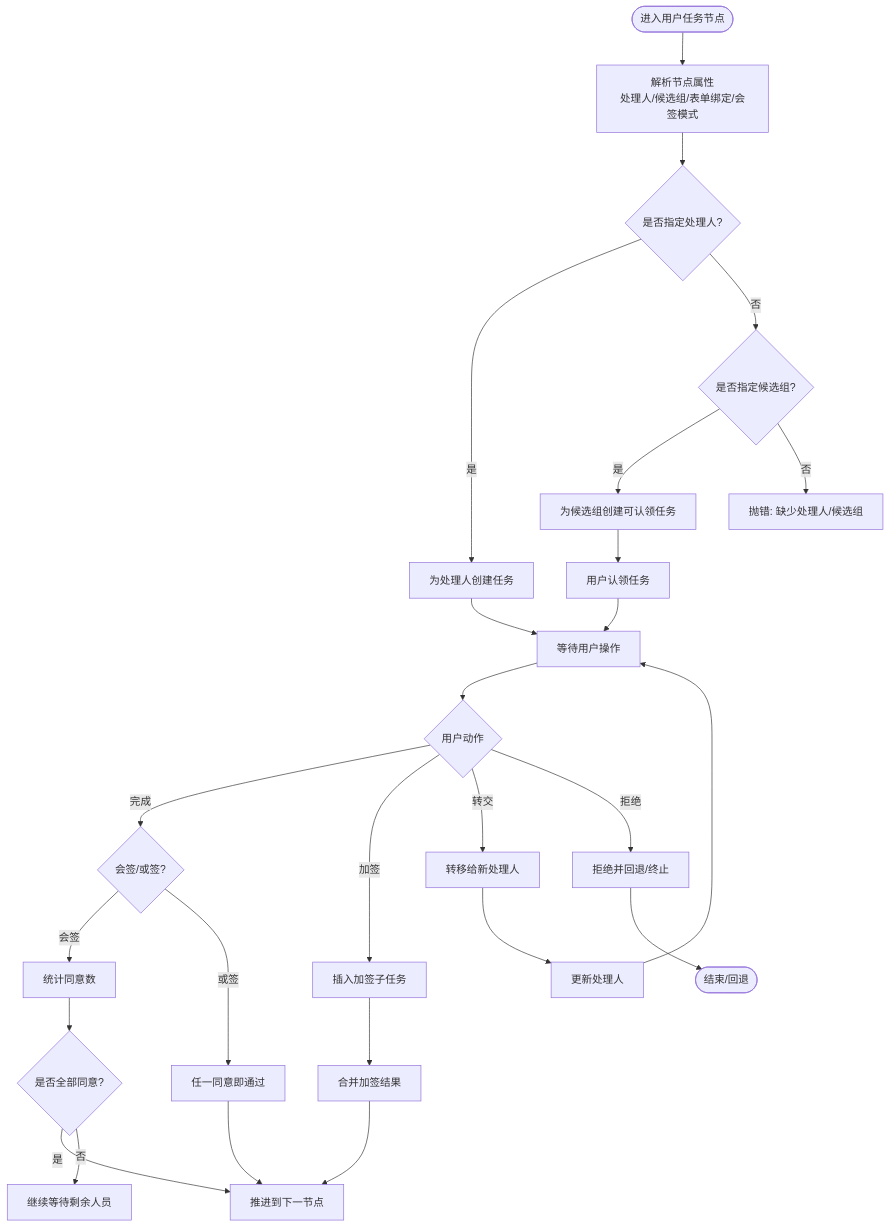
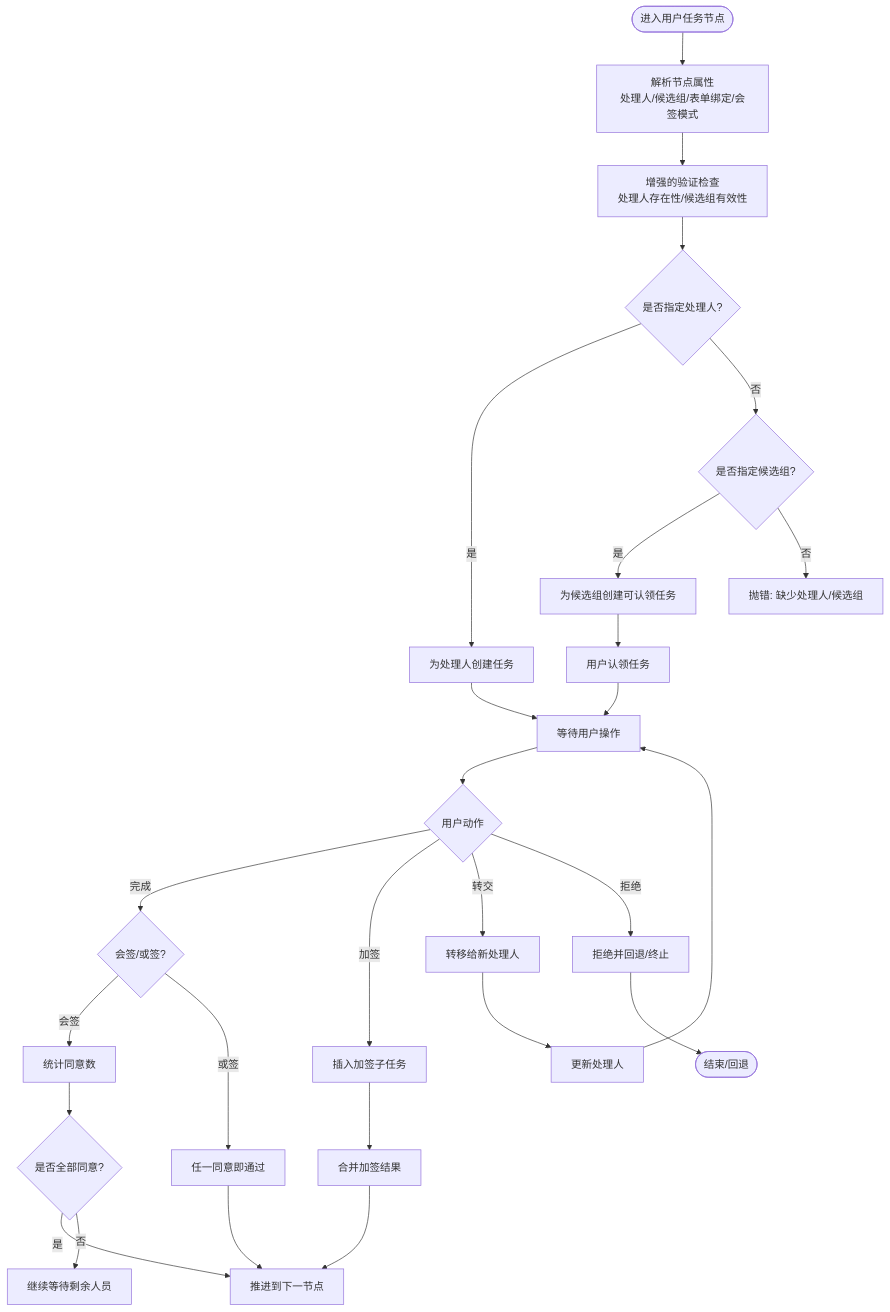
The fourth of 6 diagrams in .qoder/repowiki/zh/content/核心引擎设计/节点处理器架构/内置节点类型/用户任务节点.md (liming-lihaini/workflow), drawn with Mermaid before and after one commit. The commit also changed other lines of this file and 49 other files, not shown here.

````diff
--- a/.qoder/repowiki/zh/content/核心引擎设计/节点处理器架构/内置节点类型/用户任务节点.md
+++ b/.qoder/repowiki/zh/content/核心引擎设计/节点处理器架构/内置节点类型/用户任务节点.md
@@ -273,26 +293,27 @@
 ```mermaid
 flowchart TD
 Start(["进入用户任务节点"]) --> ParseAttr["解析节点属性<br/>处理人/候选组/表单绑定/会签模式"]
-ParseAttr --> Assign{"是否指定处理人?"}
+ParseAttr --> Validate["增强的验证检查<br/>处理人存在性/候选组有效性"]
+Validate --> Assign{"是否指定处理人?"}
 Assign --> |是| CreateTask["为处理人创建任务"]
 Assign --> |否| CheckGroup{"是否指定候选组?"}
 CheckGroup --> |是| CreateGroupTask["为候选组创建可认领任务"]
 CheckGroup --> |否| Error["抛错: 缺少处理人/候选组"]
 CreateTask --> Wait["等待用户操作"]
 CreateGroupTask --> Claim["用户认领任务"]
 Claim --> Wait
 Wait --> Action{"用户动作"}
 Action --> |完成| SignCheck{"会签/或签?"}
 Action --> |加签| AddSign["插入加签子任务"]
 Action --> |转交| Transfer["转移给新处理人"]
 Action --> |拒绝| Reject["拒绝并回退/终止"]
 SignCheck --> |会签| CountAgree["统计同意数"]
 SignCheck --> |或签| AnyAgree["任一同意即通过"]
 CountAgree --> AllAgree{"是否全部同意?"}
 AllAgree --> |是| Next["推进到下一节点"]
 AllAgree --> |否| ContinueWait["继续等待剩余人员"]
 AnyAgree --> Next
 AddSign --> Merge["合并加签结果"] --> Next
 Transfer --> UpdateOwner["更新处理人"] --> Wait
 Reject --> End(["结束/回退"])
 ```
````
